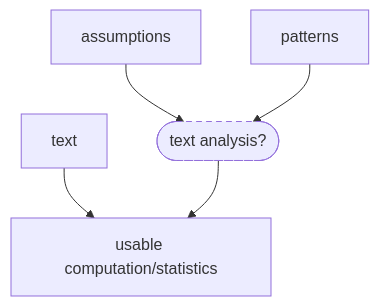
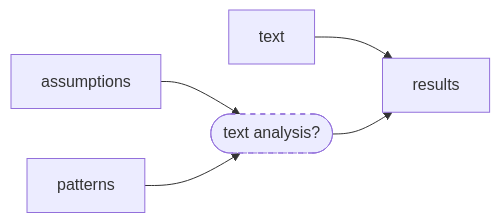
The second of 3 diagrams in content/00-introduction/intro.md (TLP-COI/text-data-course), drawn with Mermaid before and after one commit. The commit also changed other lines of this file and 1 other file, not shown here.

````diff
--- a/content/00-introduction/intro.md
+++ b/content/00-introduction/intro.md
@@ -25,9 +25,9 @@
 ```{mermaid} 
-graph TD
+graph LR
 
 assumptions --> ta(["text analysis?"])
 style ta stroke-dasharray: 5 5
 patterns --> ta
-text --> comp["usable" computation/statistics]
-ta --> comp
+text --> results 
+ta --> results
 ```
````
